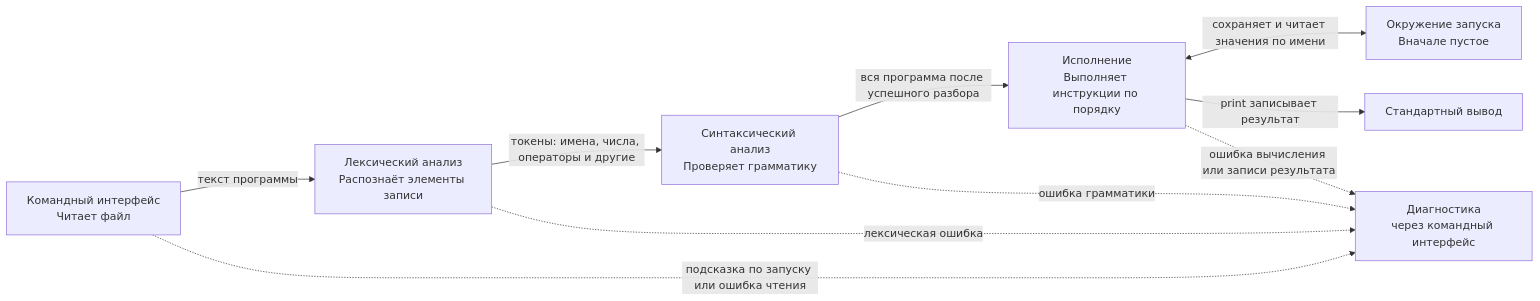
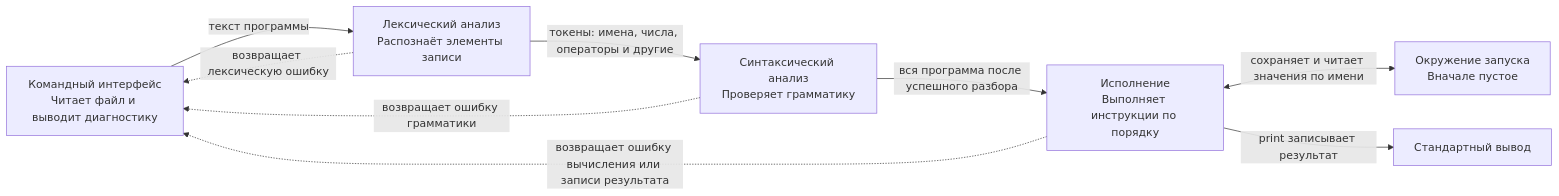
The second of 2 diagrams in Interpreter/docs/design.md (Krastti/DataStructures), drawn with Mermaid before and after one commit. The commit also changed other lines of this file and 3 other files, not shown here.

````diff
--- a/Interpreter/docs/design.md
+++ b/Interpreter/docs/design.md
@@ -35,12 +42,11 @@
 ```mermaid
 flowchart LR
-    C["Командный интерфейс<br/>Читает файл"] -->|"текст программы"| L["Лексический анализ<br/>Распознаёт элементы записи"]
+    C["Командный интерфейс<br/>Читает файл и выводит диагностику"] -->|"текст программы"| L["Лексический анализ<br/>Распознаёт элементы записи"]
     L -->|"токены: имена, числа, операторы и другие"| P["Синтаксический анализ<br/>Проверяет грамматику"]
     P -->|"вся программа после успешного разбора"| E["Исполнение<br/>Выполняет инструкции по порядку"]
     E <-->|"сохраняет и читает значения по имени"| M["Окружение запуска<br/>Вначале пустое"]
     E -->|"print записывает результат"| O["Стандартный вывод"]
-    C -.->|"подсказка по запуску или ошибка чтения"| D["Диагностика<br/>через командный интерфейс"]
-    L -.->|"лексическая ошибка"| D
-    P -.->|"ошибка грамматики"| D
-    E -.->|"ошибка вычисления или записи результата"| D
+    L -.->|"возвращает лексическую ошибку"| C
+    P -.->|"возвращает ошибку грамматики"| C
+    E -.->|"возвращает ошибку вычисления или записи результата"| C
 ```
````
